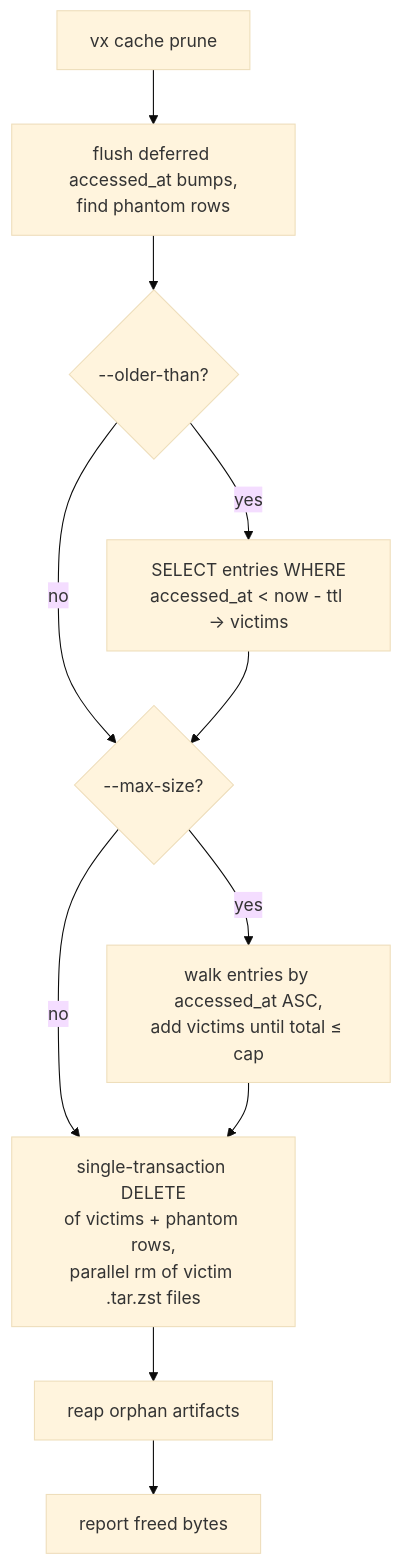
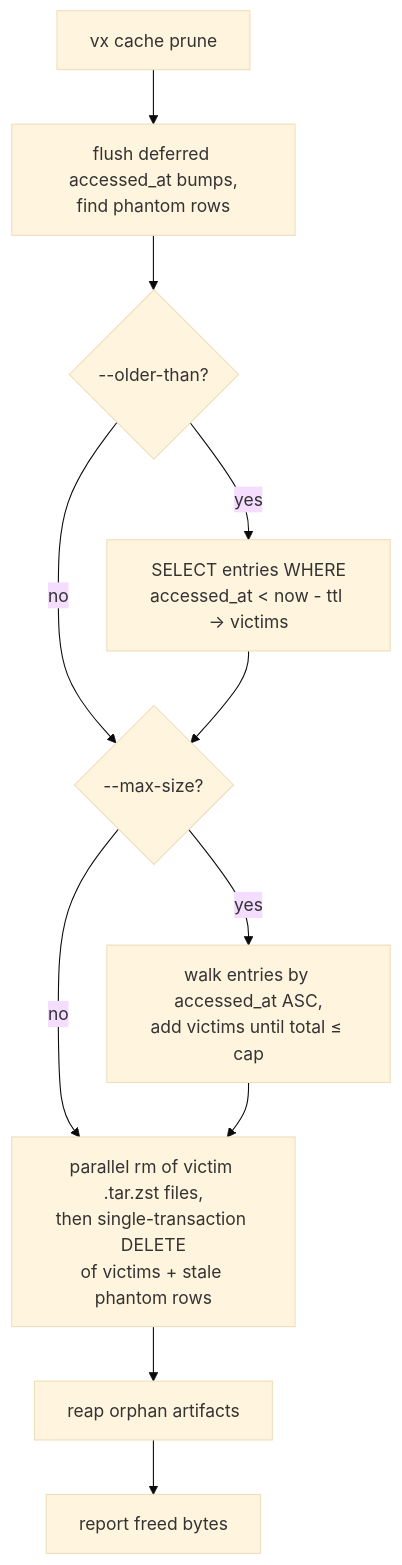
Before and after one commit to vznjs/vx: the ninth of 10 diagrams in packages/vx/docs/flows.md, drawn with Mermaid (base theme). The commit also changed other lines of this file and 1 other file, not shown here.

First line of the commit message:
docs(caching): fix eight claims in caching.md and flows.md (J-21)

````diff
--- a/packages/vx/docs/flows.md
+++ b/packages/vx/docs/flows.md
@@ -271,13 +271,13 @@
 ```mermaid
 flowchart TD
     A[vx cache prune] --> P[flush deferred accessed_at bumps,<br/>find phantom rows]
     P --> B{--older-than?}
     B -->|yes| C[SELECT entries WHERE<br/>accessed_at < now - ttl → victims]
     B -->|no| D
     C --> D{--max-size?}
     D -->|yes| E[walk entries by accessed_at ASC,<br/>add victims until total ≤ cap]
     D -->|no| F
-    E --> F[single-transaction DELETE<br/>of victims + phantom rows,<br/>parallel rm of victim .tar.zst files]
+    E --> F[parallel rm of victim .tar.zst files,<br/>then single-transaction DELETE<br/>of victims + stale phantom rows]
     F --> O[reap orphan artifacts]
     O --> G[report freed bytes]
 ```
````
